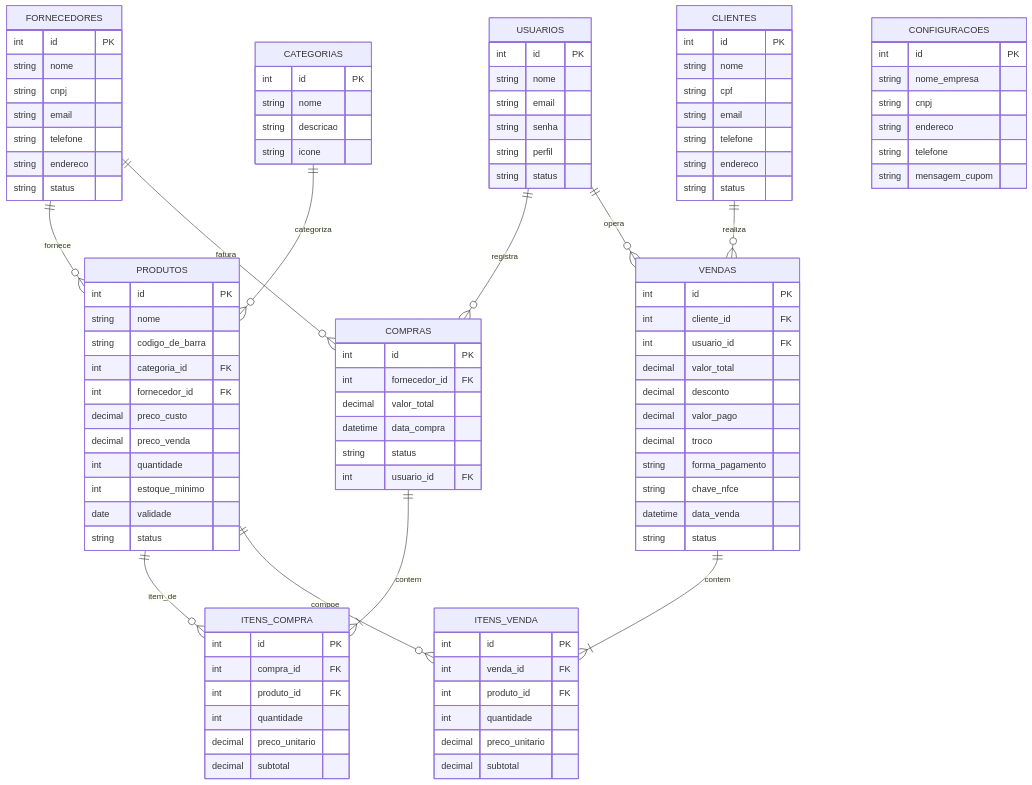
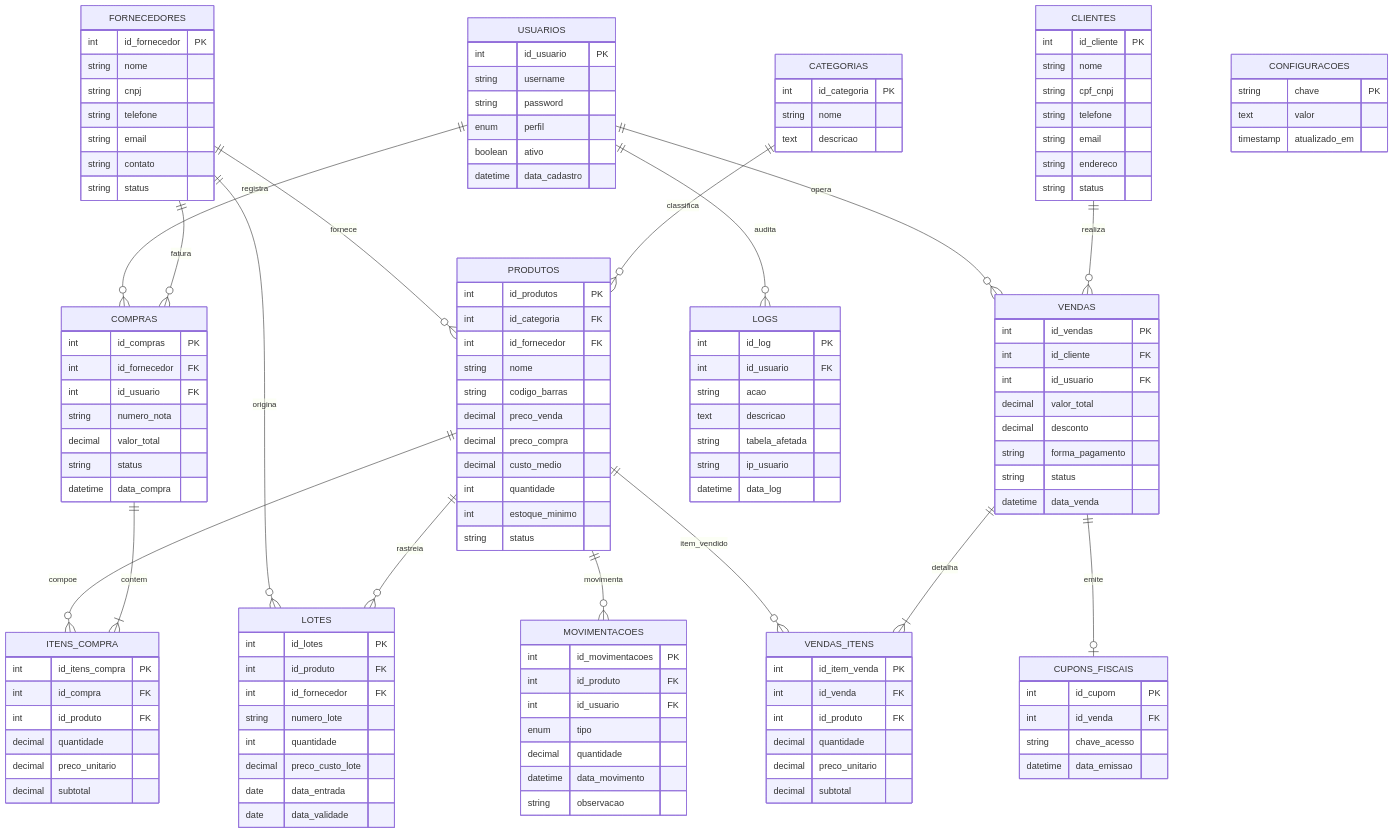
Before and after one commit to mrcodingdev/mrstock-erp: the second of 2 diagrams in README.md, drawn with Mermaid. The commit also changed other lines of this file and 37 other files, not shown here.

````diff
--- a/README.md
+++ b/README.md
@@ -126,113 +158,150 @@
 ```mermaid
 erDiagram
-    CATEGORIAS ||--o{ PRODUTOS : "categoriza"
+    CATEGORIAS ||--o{ PRODUTOS : "classifica"
     FORNECEDORES ||--o{ PRODUTOS : "fornece"
     FORNECEDORES ||--o{ COMPRAS : "fatura"
     USUARIOS ||--o{ COMPRAS : "registra"
     COMPRAS ||--|{ ITENS_COMPRA : "contem"
-    PRODUTOS ||--o{ ITENS_COMPRA : "item_de"
+    PRODUTOS ||--o{ ITENS_COMPRA : "compoe"
+    PRODUTOS ||--o{ LOTES : "rastreia"
+    FORNECEDORES ||--o{ LOTES : "origina"
     CLIENTES ||--o{ VENDAS : "realiza"
     USUARIOS ||--o{ VENDAS : "opera"
-    VENDAS ||--|{ ITENS_VENDA : "contem"
-    PRODUTOS ||--o{ ITENS_VENDA : "compoe"
+    VENDAS ||--|{ VENDAS_ITENS : "detalha"
+    PRODUTOS ||--o{ VENDAS_ITENS : "item_vendido"
+    PRODUTOS ||--o{ MOVIMENTACOES : "movimenta"
+    VENDAS ||--o| CUPONS_FISCAIS : "emite"
+    USUARIOS ||--o{ LOGS : "audita"
+
+    USUARIOS {
+        int id_usuario PK
+        string username
+        string password
+        enum perfil
+        boolean ativo
+        datetime data_cadastro
+    }
 
     CATEGORIAS {
-        int id PK
+        int id_categoria PK
         string nome
-        string descricao
-        string icone
+        text descricao
     }
 
-    FORNECEDORES {
-        int id PK
+    CLIENTES {
+        int id_cliente PK
         string nome
-        string cnpj
+        string cpf_cnpj
+        string telefone
         string email
-        string telefone
         string endereco
         string status
     }
 
-    CLIENTES {
-        int id PK
+    FORNECEDORES {
+        int id_fornecedor PK
         string nome
-        string cpf
+        string cnpj
+        string telefone
         string email
-        string telefone
-        string endereco
+        string contato
         string status
     }
 
     PRODUTOS {
-        int id PK
+        int id_produtos PK
+        int id_categoria FK
+        int id_fornecedor FK
         string nome
-        string codigo_de_barra
-        int categoria_id FK
-        int fornecedor_id FK
-        decimal preco_custo
+        string codigo_barras
         decimal preco_venda
+        decimal preco_compra
+        decimal custo_medio
         int quantidade
         int estoque_minimo
-        date validade
         string status
     }
 
+    LOTES {
+        int id_lotes PK
+        int id_produto FK
+        int id_fornecedor FK
+        string numero_lote
+        int quantidade
+        decimal preco_custo_lote
+        date data_entrada
+        date data_validade
+    }
+
     COMPRAS {
-        int id PK
-        int fornecedor_id FK
+        int id_compras PK
+        int id_fornecedor FK
+        int id_usuario FK
+        string numero_nota
         decimal valor_total
+        string status
         datetime data_compra
-        string status
-        int usuario_id FK
     }
 
     ITENS_COMPRA {
-        int id PK
-        int compra_id FK
-        int produto_id FK
-        int quantidade
+        int id_itens_compra PK
+        int id_compra FK
+        int id_produto FK
+        decimal quantidade
         decimal preco_unitario
         decimal subtotal
     }
 
     VENDAS {
-        int id PK
-        int cliente_id FK
-        int usuario_id FK
+        int id_vendas PK
+        int id_cliente FK
+        int id_usuario FK
         decimal valor_total
         decimal desconto
-        decimal valor_pago
-        decimal troco
         string forma_pagamento
-        string chave_nfce
+        string status
         datetime data_venda
-        string status
     }
 
-    ITENS_VENDA {
-        int id PK
-        int venda_id FK
-        int produto_id FK
-        int quantidade
+    VENDAS_ITENS {
+        int id_item_venda PK
+        int id_venda FK
+        int id_produto FK
+        decimal quantidade
         decimal preco_unitario
         decimal subtotal
     }
 
-    USUARIOS {
-        int id PK
-        string nome
-        string email
-        string senha
-        string perfil
-        string status
+    MOVIMENTACOES {
+        int id_movimentacoes PK
+        int id_produto FK
+        int id_usuario FK
+        enum tipo
+        decimal quantidade
+        datetime data_movimento
+        string observacao
+    }
+
+    CUPONS_FISCAIS {
+        int id_cupom PK
+        int id_venda FK
+        string chave_acesso
+        datetime data_emissao
+    }
+
+    LOGS {
+        int id_log PK
+        int id_usuario FK
+        string acao
+        text descricao
+        string tabela_afetada
+        string ip_usuario
+        datetime data_log
     }
 
     CONFIGURACOES {
-        int id PK
-        string nome_empresa
-        string cnpj
-        string endereco
-        string telefone
-        string mensagem_cupom
+        string chave PK
+        text valor
+        timestamp atualizado_em
     }
 ```
````
